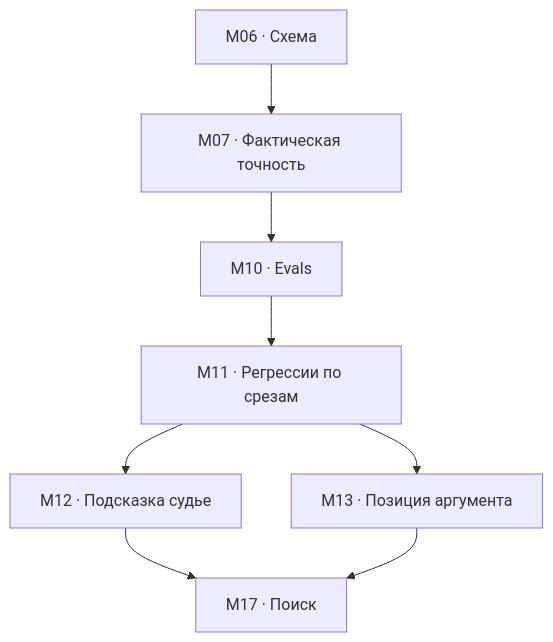
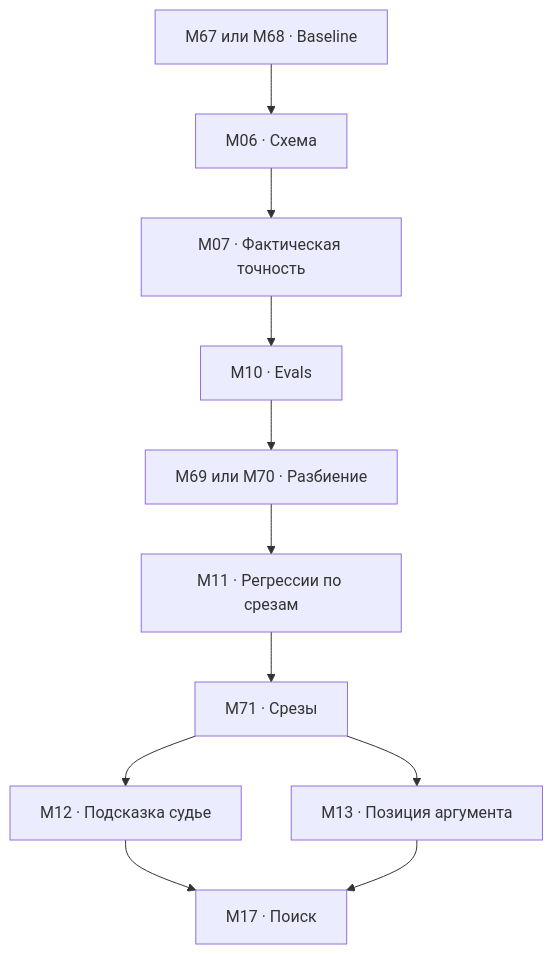
Before and after one commit to 620474/applied-ai-reading: the diagram in foundation.md, drawn with Mermaid. The commit also changed other lines of this file and 5 other files, not shown here.

````diff
--- a/foundation.md
+++ b/foundation.md
@@ -5,10 +5,11 @@
 ```mermaid
 flowchart TD
+P["M67 или M68 · Baseline"] --> A
 A["M06 · Схема"] --> B["M07 · Фактическая точность"]
 B --> C["M10 · Evals"]
-C --> X["M11 · Регрессии по срезам"]
-X --> D["M12 · Подсказка судье"]
-X --> E["M13 · Позиция аргумента"]
+C --> S["M69 или M70 · Разбиение"] --> X["M11 · Регрессии по срезам"]
+X --> H["M71 · Срезы"] --> D["M12 · Подсказка судье"]
+H --> E["M13 · Позиция аргумента"]
 D --> F["M17 · Поиск"]
 E --> F
 ```
````
